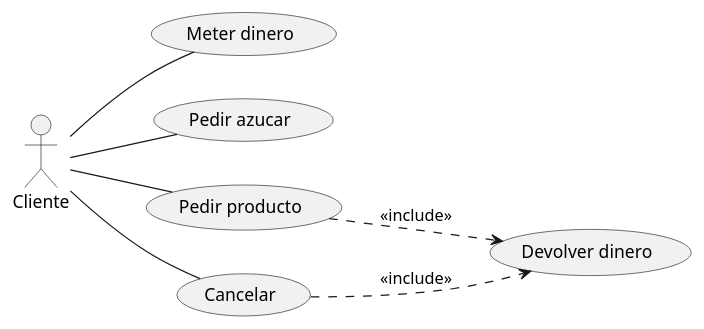
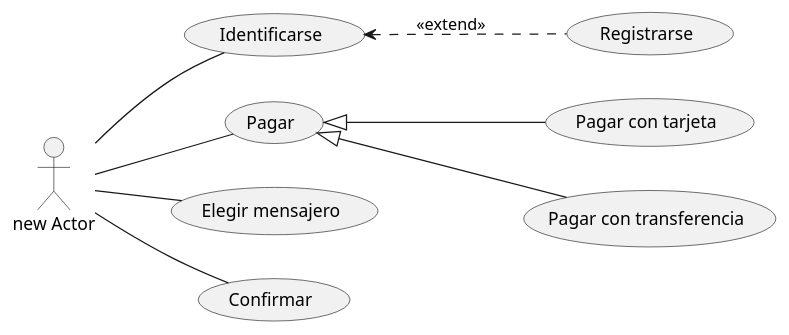
Before and after one commit to carniedom/EDEUD12_EJ1_CND: the diagram in UD12_EJ1_CND/CasosUsoEj1.puml, drawn with PlantUML.

Commit message:
Tienda internet

```diff
--- a/UD12_EJ1_CND/CasosUsoEj1.puml
+++ b/UD12_EJ1_CND/CasosUsoEj1.puml
@@ -1,15 +1,18 @@
 @startuml
 left to right direction
-actor :Cliente:
-usecase "Meter dinero" as pago
-usecase "Pedir azucar" as azucar
-usecase "Pedir producto" as pedido
-usecase "Cancelar" as cancelar
-usecase "Devolver dinero" as devolver
-:Cliente: -- pago
-:Cliente: -- azucar
-:Cliente: -- pedido
-:Cliente: -- cancelar
-pedido ..> devolver:<<include>>
-cancelar ..> devolver:<<include>>
+actor :new Actor:
+usecase "Identificarse" as login
+usecase "Pagar" as pago
+usecase "Elegir mensajero" as mensajero
+usecase "Confirmar" as confirmar
+usecase "Registrarse" as registro
+usecase "Pagar con tarjeta" as pagotarjeta
+usecase "Pagar con transferencia" as pagotransferencia
+:new Actor: -- login
+:new Actor: -- pago
+:new Actor: -- mensajero
+:new Actor: -- confirmar
+login <.. registro:<<extend>>
+pago <|-- pagotarjeta
+pago <|--pagotransferencia
 @enduml
```
